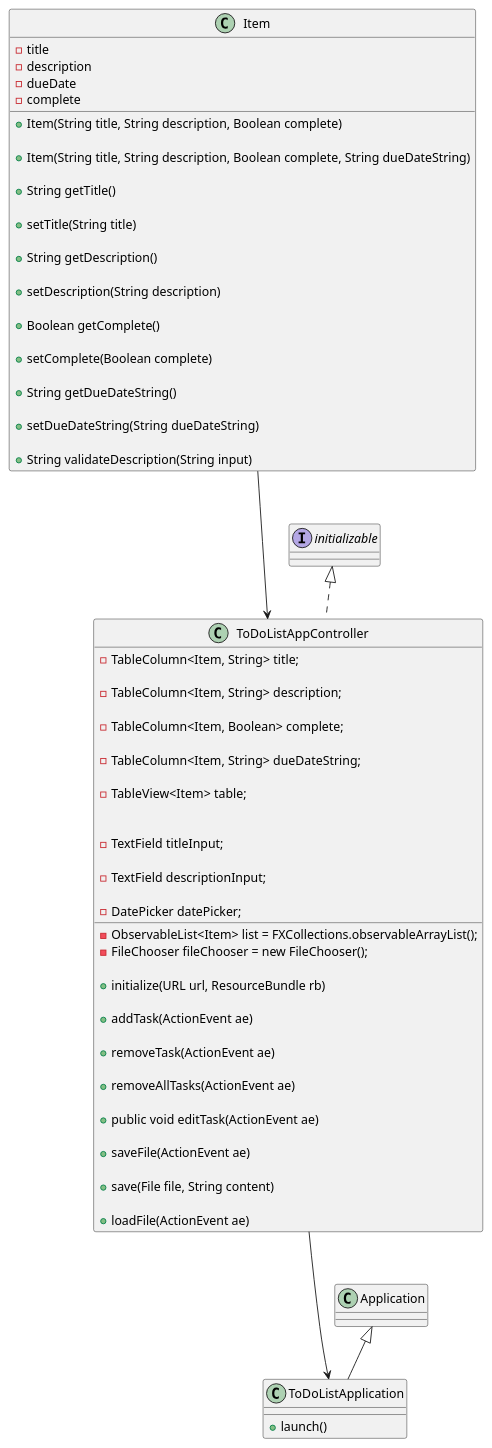
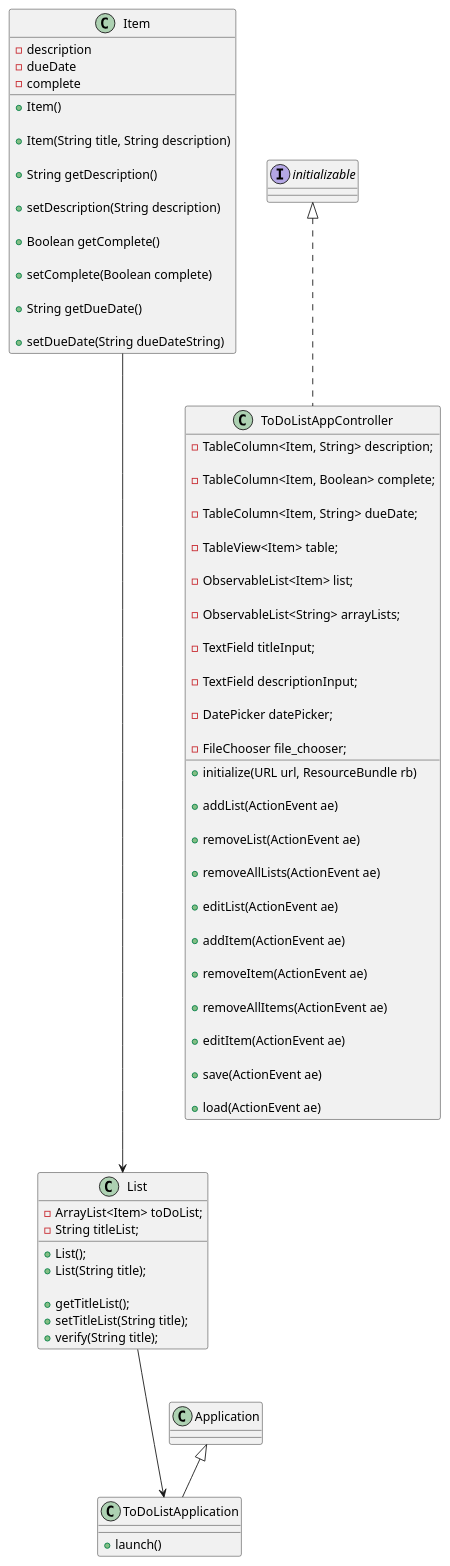
Before and after one commit to Ozymandias0912/guarnizo-app1-design: the diagram in AppDesign/docs/ToDoList's  diagram.puml, drawn with PlantUML. The commit also changed 8 other files, not shown here.

Commit message:
fixed UML diagram

```diff
--- a/AppDesign/docs/ToDoList's  diagram.puml
+++ b/AppDesign/docs/ToDoList's  diagram.puml
@@ -1,83 +1,95 @@
 @startuml
 class Item{
-- title
 - description
 - dueDate
 - complete
 
-+ Item(String title, String description, Boolean complete)
++ Item()
 
-+ Item(String title, String description, Boolean complete, String dueDateString)
-
-+ String getTitle()
-
-+ setTitle(String title)
++ Item(String title, String description)
 
 + String getDescription()
 
 + setDescription(String description)
 
 + Boolean getComplete()
 
 + setComplete(Boolean complete)
 
-+ String getDueDateString()
++ String getDueDate()
 
-+ setDueDateString(String dueDateString)
-
-+ String validateDescription(String input)
++ setDueDate(String dueDateString)
 
 }
 
 
 
 class ToDoListAppController implements initializable{
 
-- TableColumn<Item, String> title;
-
 - TableColumn<Item, String> description;
 
 - TableColumn<Item, Boolean> complete;
 
-- TableColumn<Item, String> dueDateString;
+- TableColumn<Item, String> dueDate;
 
 - TableView<Item> table;
 
-- ObservableList<Item> list = FXCollections.observableArrayList();
+- ObservableList<Item> list;
+
+-ObservableList<String> arrayLists;
 
 - TextField titleInput;
 
 - TextField descriptionInput;
 
 - DatePicker datePicker;
 
-- FileChooser fileChooser = new FileChooser();
+- FileChooser file_chooser;
 
 + initialize(URL url, ResourceBundle rb)
 
-+ addTask(ActionEvent ae)
++ addList(ActionEvent ae)
 
-+ removeTask(ActionEvent ae)
++ removeList(ActionEvent ae)
 
-+ removeAllTasks(ActionEvent ae)
++ removeAllLists(ActionEvent ae)
 
-+public void editTask(ActionEvent ae)
++ editList(ActionEvent ae)
 
-+ saveFile(ActionEvent ae)
++ addItem(ActionEvent ae)
 
-+ save(File file, String content)
++ removeItem(ActionEvent ae)
 
-+ loadFile(ActionEvent ae)
++ removeAllItems(ActionEvent ae)
 
++ editItem(ActionEvent ae)
+
++ save(ActionEvent ae)
+
++ load(ActionEvent ae)
+
+ }
+
+ class List{
+
+ -ArrayList<Item> toDoList;
+ -String titleList;
+
+ +List();
+ +List(String title);
+
+ +getTitleList();
+ +setTitleList(String title);
+ +verify(String title);
  }
 
 class ToDoListApplication extends Application{
 +launch()
 }
 
- Item ---> ToDoListAppController
- ToDoListAppController ---> ToDoListApplication
+ Item ---> List
+ List ---> ToDoListApplication
 
 
 
 @enduml
```
